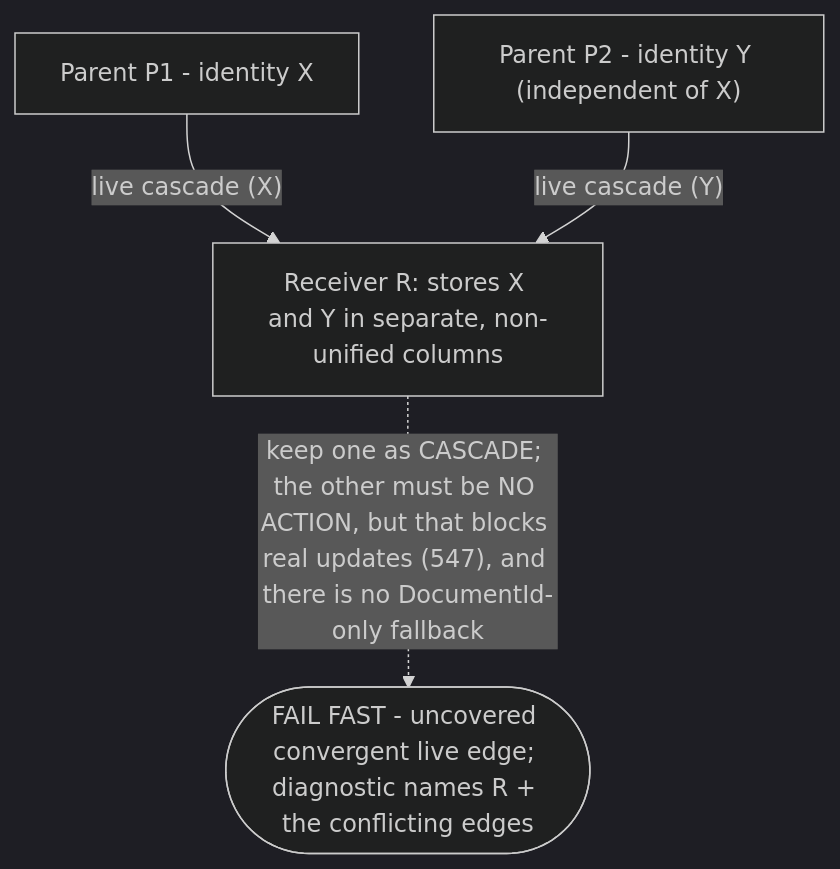
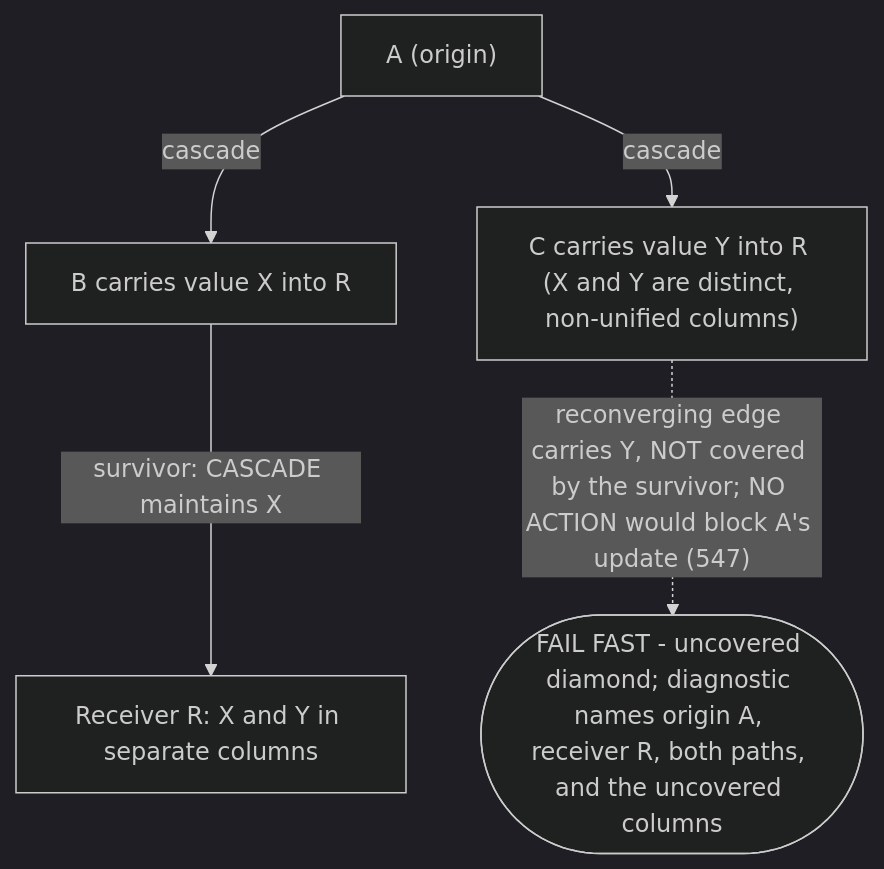
One commit to Ed-Fi-Alliance-OSS/Data-Management-Service changed the sixth of 8 diagrams in reference/design/backend-redesign/design-docs/mssql-cascading.md. Above: the diagram before and after it, drawn with Mermaid (dark theme). The commit also changed other lines of this file and 16 other files, not shown here.

````diff
--- a/reference/design/backend-redesign/design-docs/mssql-cascading.md
+++ b/reference/design/backend-redesign/design-docs/mssql-cascading.md
@@ -195,9 +243,11 @@
 ```mermaid
 flowchart TD
-  P1["Parent P1 - identity X"]
-  P2["Parent P2 - identity Y (independent of X)"]
-  R["Receiver R: stores X and Y in separate, non-unified columns"]
-  P1 -->|"live cascade (X)"| R
-  P2 -->|"live cascade (Y)"| R
-  R -.->|"keep one as CASCADE; the other must be NO ACTION, but that blocks real updates (547), and there is no DocumentId-only fallback"| FAIL(["FAIL FAST - uncovered convergent live edge; diagnostic names R + the conflicting edges"])
+  A["A (origin)"]
+  B["B carries value X into R"]
+  C["C carries value Y into R (X and Y are distinct, non-unified columns)"]
+  R["Receiver R: X and Y in separate columns"]
+  A -->|"cascade"| B
+  A -->|"cascade"| C
+  B -->|"survivor: CASCADE maintains X"| R
+  C -.->|"reconverging edge carries Y, NOT covered by the survivor; NO ACTION would block A's update (547)"| FAIL(["FAIL FAST - uncovered diamond; diagnostic names origin A, receiver R, both paths, and the uncovered columns"])
 ```
````
